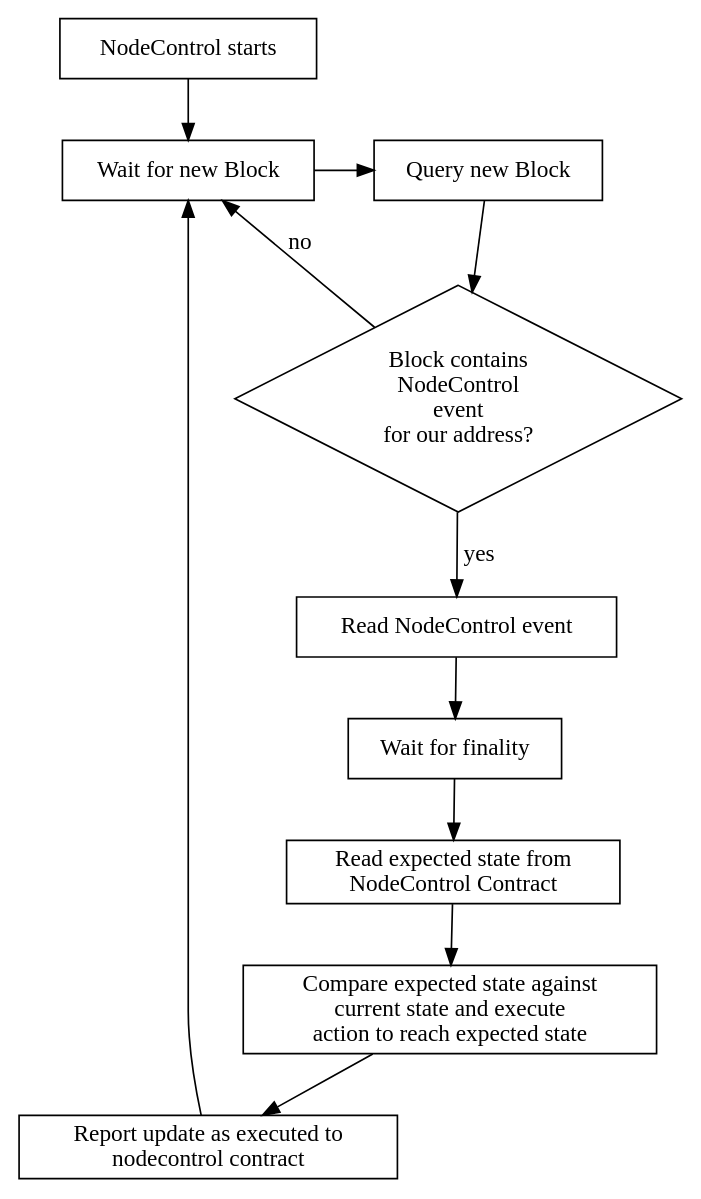
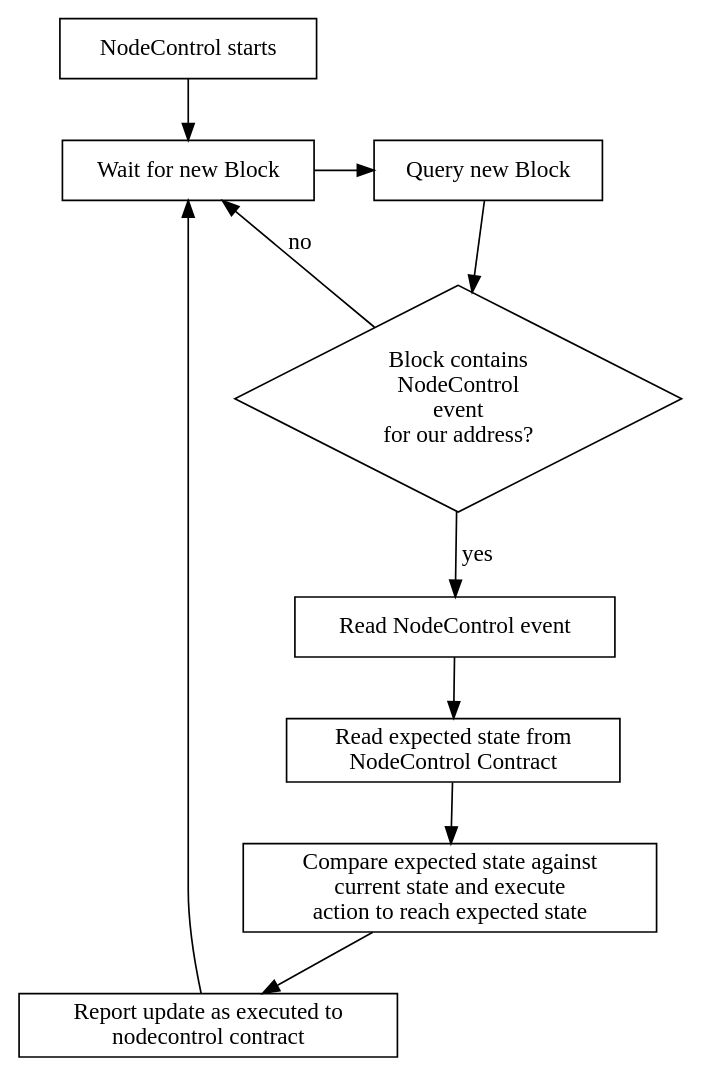
The diagram in diagrams/nodecontrol.dot (energywebfoundation/system-design-spec-live), drawn with Graphviz before and after one commit. The commit also changed 19 other files, not shown here.

```diff
--- a/diagrams/nodecontrol.dot
+++ b/diagrams/nodecontrol.dot
@@ -1,24 +1,23 @@
 digraph {
     
     start [shape=box,label="NodeControl starts"]
     listen [shape=box,label="Wait for new Block"]
 
     check [shape=box,label="Query new Block"]
 
     hasevent [shape=diamond, label="Block contains\nNodeControl\n event\nfor our address?"]
     geteventid [shape=box, label="Read NodeControl event"]
-    waitfinal [shape=box, label="Wait for finality"]
     readinstruction [shape=box, label="Read expected state from\nNodeControl Contract"]
     execute [shape=box, label="Compare expected state against\ncurrent state and execute\naction to reach expected state"]
     reportdone [shape=box, label="Report update as executed to\nnodecontrol contract"]
 
     start -> listen -> check -> hasevent
     hasevent -> listen [label="no"]
     hasevent -> geteventid [label="yes"]
 
-    geteventid -> waitfinal -> readinstruction -> execute -> reportdone -> listen
+    geteventid -> readinstruction -> execute -> reportdone -> listen
     
 
     {rank=same;listen check}
 
 }
```
